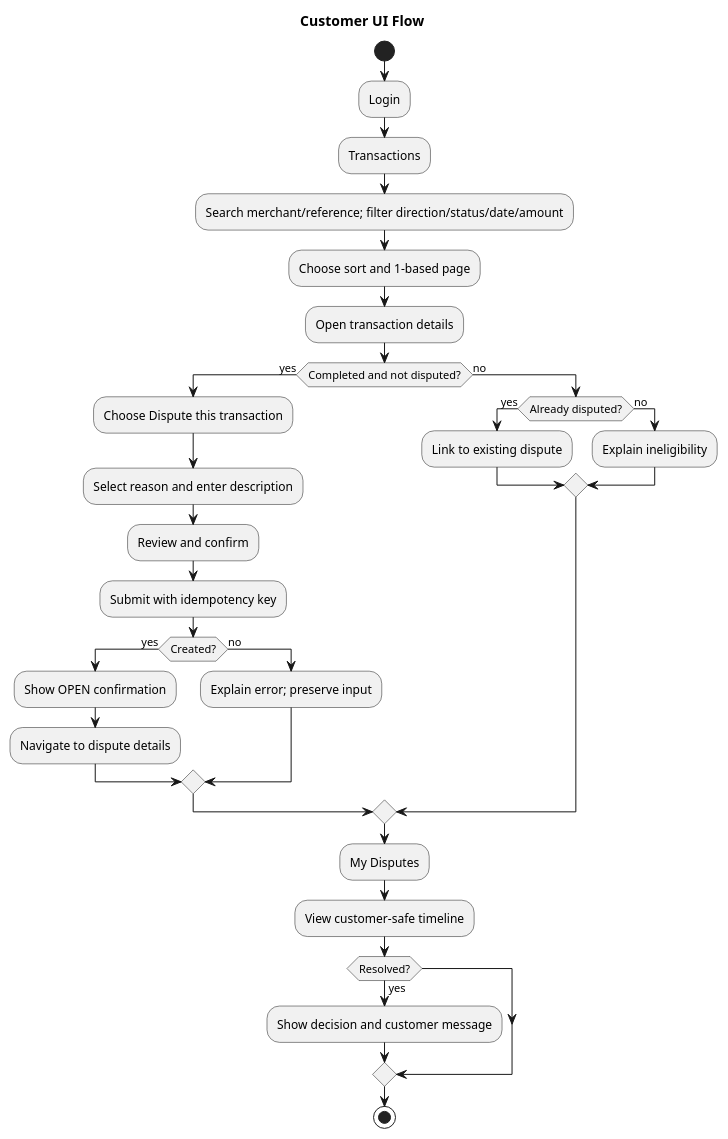
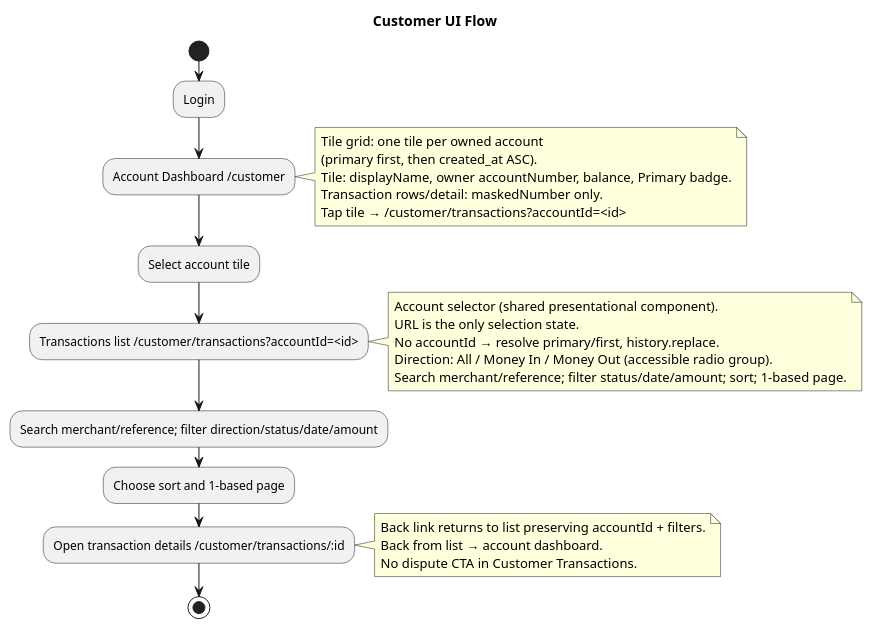
The diagram in docs/design/plantuml/customer-ui-flow.puml (DonaldMbara/transaction-dispute-portal), drawn with PlantUML before and after one commit. The commit also changed 30 other files, not shown here.

```diff
--- a/docs/design/plantuml/customer-ui-flow.puml
+++ b/docs/design/plantuml/customer-ui-flow.puml
@@ -1,33 +1,31 @@
 @startuml
 title Customer UI Flow
 start
 :Login;
-:Transactions;
+:Account Dashboard /customer;
+note right
+  Tile grid: one tile per owned account
+  (primary first, then created_at ASC).
+  Tile: displayName, owner accountNumber, balance, Primary badge.
+  Transaction rows/detail: maskedNumber only.
+  Tap tile → /customer/transactions?accountId=<id>
+end note
+:Select account tile;
+:Transactions list /customer/transactions?accountId=<id>;
+note right
+  Account selector (shared presentational component).
+  URL is the only selection state.
+  No accountId → resolve primary/first, history.replace.
+  Direction: All / Money In / Money Out (accessible radio group).
+  Search merchant/reference; filter status/date/amount; sort; 1-based page.
+end note
 :Search merchant/reference; filter direction/status/date/amount;
 :Choose sort and 1-based page;
-:Open transaction details;
-if (Completed and not disputed?) then (yes)
-  :Choose Dispute this transaction;
-  :Select reason and enter description;
-  :Review and confirm;
-  :Submit with idempotency key;
-  if (Created?) then (yes)
-    :Show OPEN confirmation;
-    :Navigate to dispute details;
-  else (no)
-    :Explain error; preserve input;
-  endif
-else (no)
-  if (Already disputed?) then (yes)
-    :Link to existing dispute;
-  else (no)
-    :Explain ineligibility;
-  endif
-endif
-:My Disputes;
-:View customer-safe timeline;
-if (Resolved?) then (yes)
-  :Show decision and customer message;
-endif
+:Open transaction details /customer/transactions/:id;
+note right
+  Back link returns to list preserving accountId + filters.
+  Back from list → account dashboard.
+  No dispute CTA in Customer Transactions.
+end note
 stop
 @enduml
```
